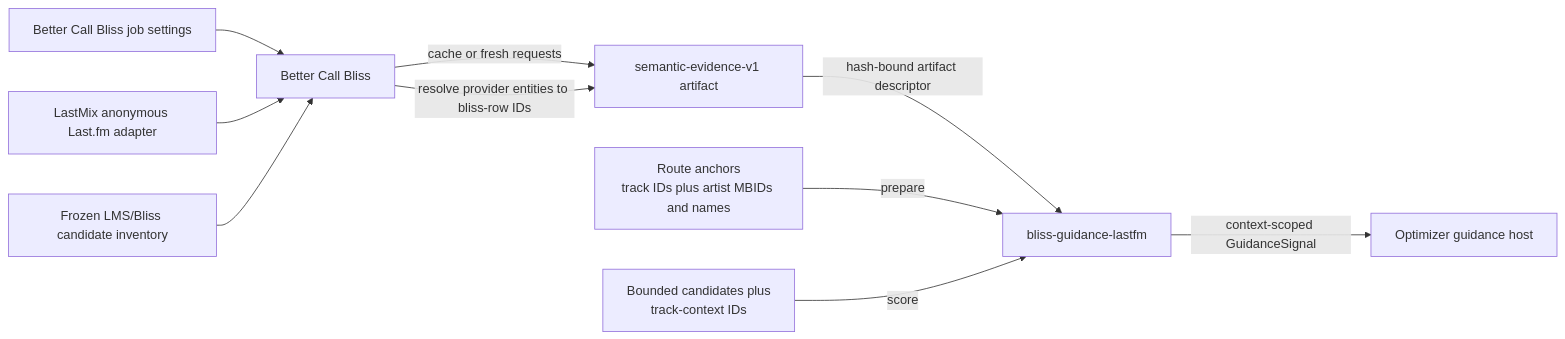
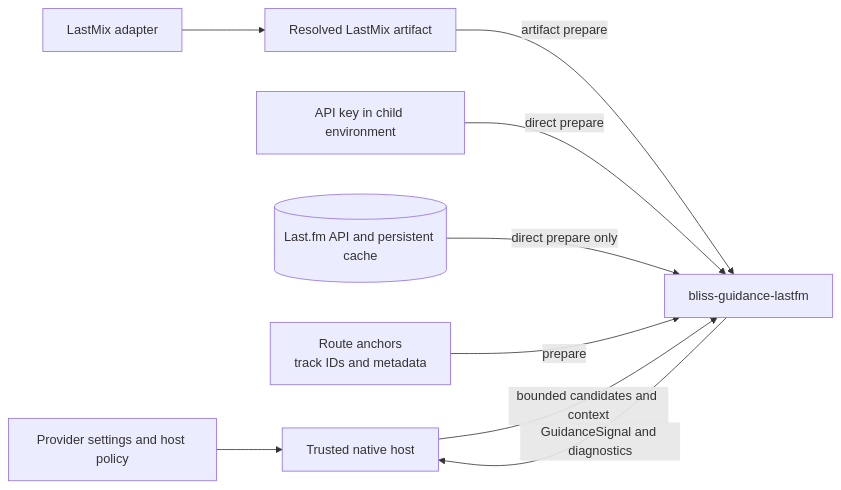
One commit to chrober/bliss-guidance-lastfm changed the diagram in README.md. Above: the diagram before and after it, drawn with Mermaid. The commit also changed other lines of this file and 3 other files, not shown here.

Commit message:
fix: align direct guidance with SPI diagnostics

````diff
--- a/README.md
+++ b/README.md
@@ -27,12 +22,11 @@
 ```mermaid
 flowchart LR
-    S[Better Call Bliss job settings] --> B[Better Call Bliss]
-    L[LastMix anonymous Last.fm adapter] --> B
-    B -->|cache or fresh requests| E[semantic-evidence-v1 artifact]
-    I[Frozen LMS/Bliss candidate inventory] --> B
-    B -->|resolve provider entities to bliss-row IDs| E
-    E -->|hash-bound artifact descriptor| P[bliss-guidance-lastfm]
-    A[Route anchors\ntrack IDs plus artist MBIDs and names] -->|prepare| P
-    C[Bounded candidates plus\ntrack-context IDs] -->|score| P
-    P -->|context-scoped GuidanceSignal| O[Optimizer guidance host]
+    S[Provider settings and host policy] --> H[Trusted native host]
+    L[LastMix adapter] --> E[Resolved LastMix artifact]
+    E -->|artifact prepare| P[bliss-guidance-lastfm]
+    K[API key in child environment] -->|direct prepare| P
+    F[(Last.fm API and persistent cache)] -->|direct prepare only| P
+    A[Route anchors\ntrack IDs and metadata] -->|prepare| P
+    H -->|bounded candidates and context| P
+    P -->|GuidanceSignal and diagnostics| H
 ```
````
